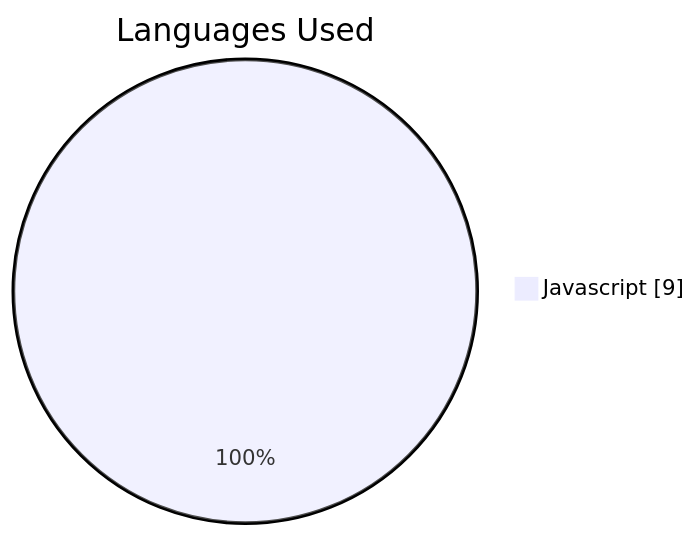
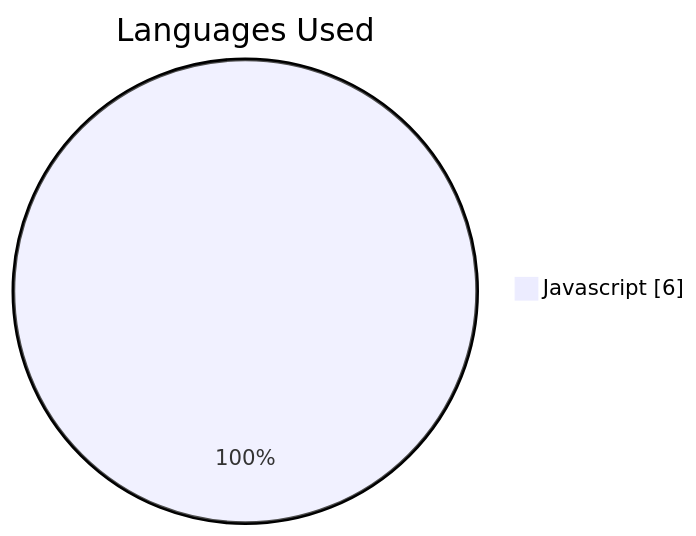
Before and after one commit to JakubPawinski/gitcode-solutions: the second of 6 diagrams in README.md, drawn with Mermaid. The commit also changed other lines of this file, not shown here.

````diff
--- a/README.md
+++ b/README.md
@@ -122,5 +122,5 @@
 ```mermaid
 pie showData
     title Languages Used
-    "Javascript" : 9
+    "Javascript" : 6
 ```
````
